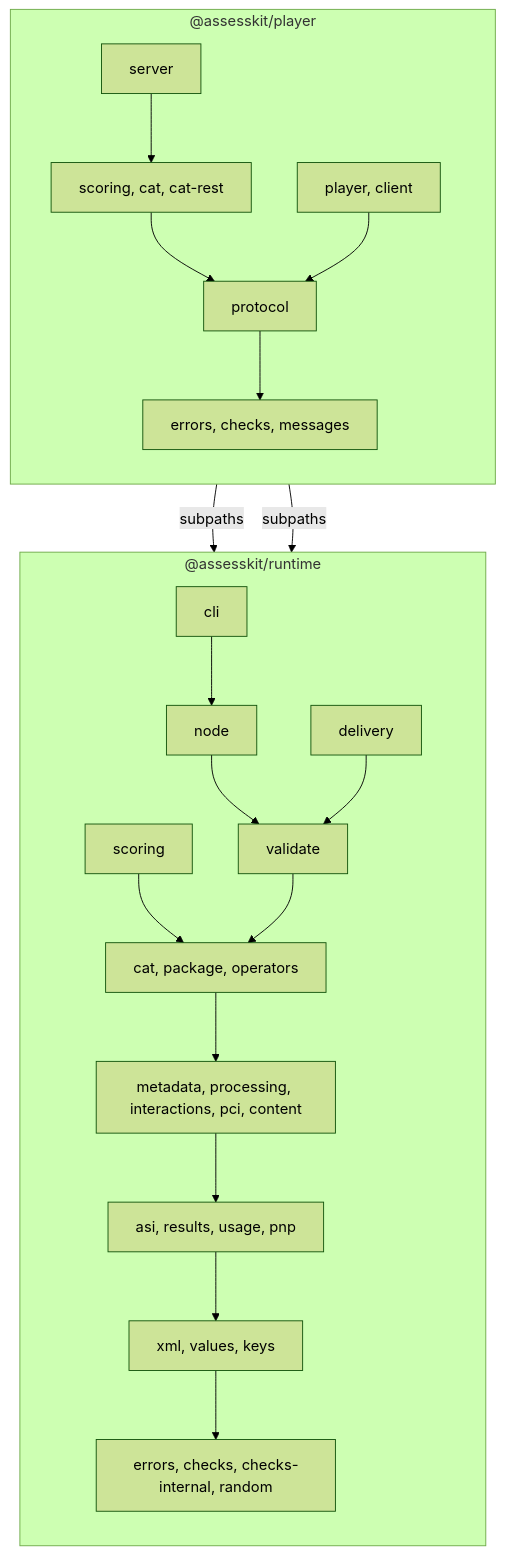
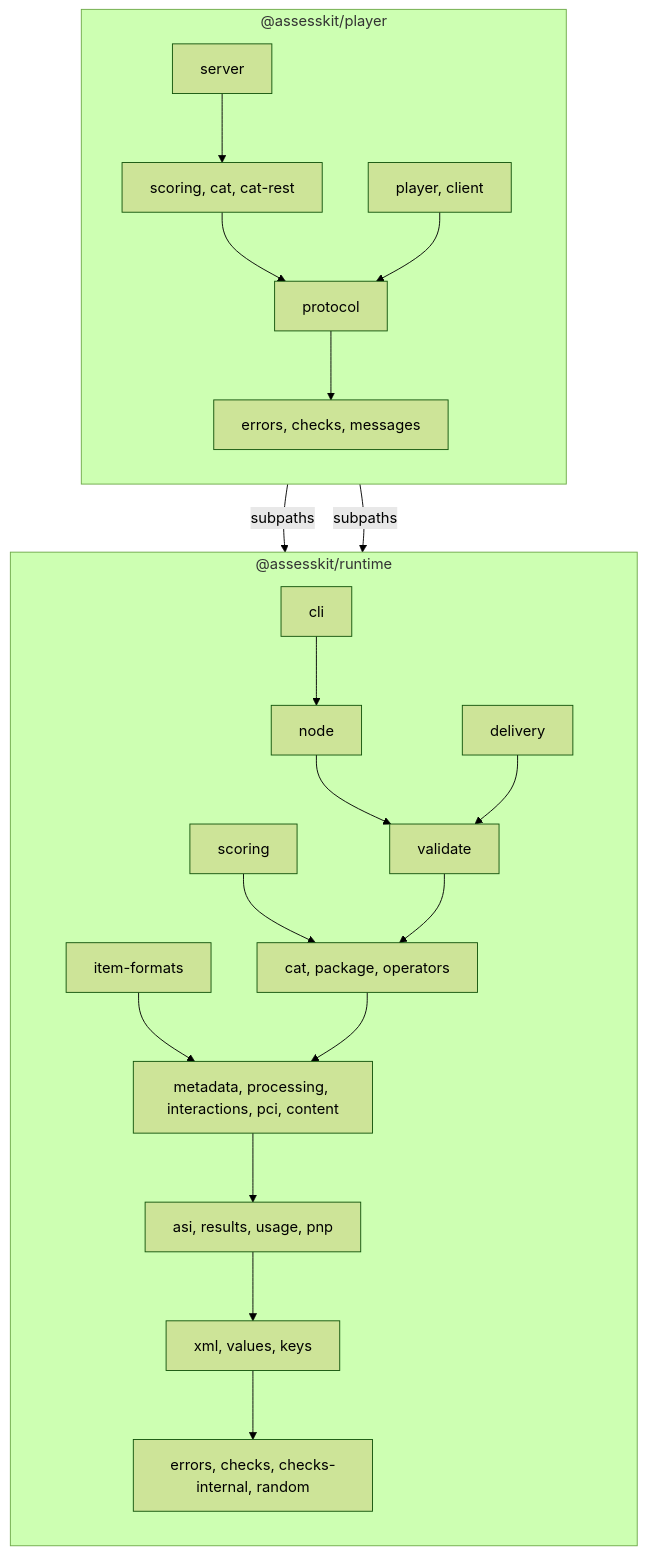
One commit to assesskit/assesskit changed the diagram in docs/runtime/architecture.md. Above: the diagram before and after it, drawn with Mermaid (forest theme). The commit also changed other lines of this file and 51 other files, not shown here.

````diff
--- a/docs/runtime/architecture.md
+++ b/docs/runtime/architecture.md
@@ -10,25 +10,26 @@
 ```mermaid
 flowchart TD
   subgraph player["@assesskit/player"]
     direction TB
     ps["server"] --> pk["scoring, cat, cat-rest"]
     pb["player, client"]
     pk --> pp["protocol"]
     pb --> pp
     pp --> pm["errors, checks, messages"]
   end
   subgraph runtime["@assesskit/runtime"]
     direction TB
     cli["cli"] --> node["node"]
     node --> validate["validate"]
     delivery["delivery"] --> validate
     scoring["scoring"] --> l5
+    formats["item-formats"] --> l4
     validate --> l5["cat, package, operators"]
     l5 --> l4["metadata, processing, interactions, pci, content"]
     l4 --> l3["asi, results, usage, pnp"]
     l3 --> l2["xml, values, keys"]
     l2 --> l1["errors, checks, checks-internal, random"]
   end
   pb -->|"subpaths"| delivery
   ps -->|"subpaths"| delivery
 ```
````
